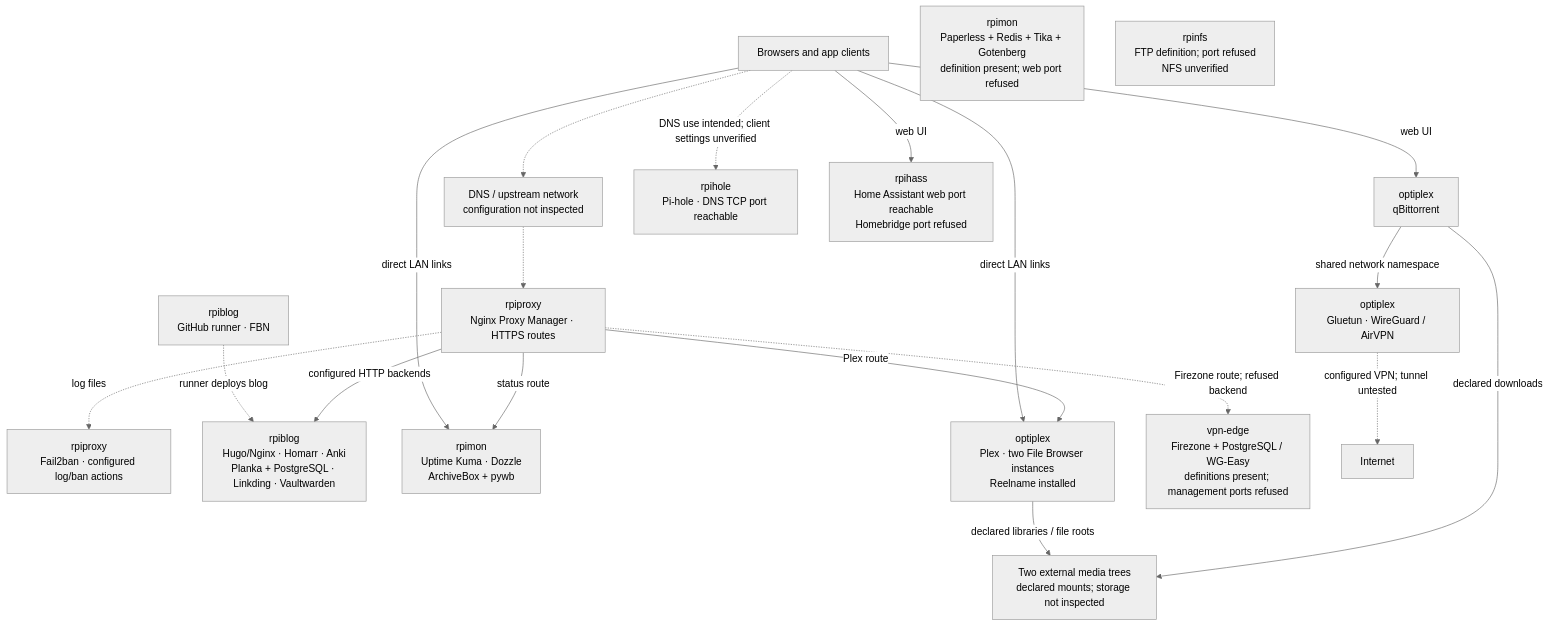
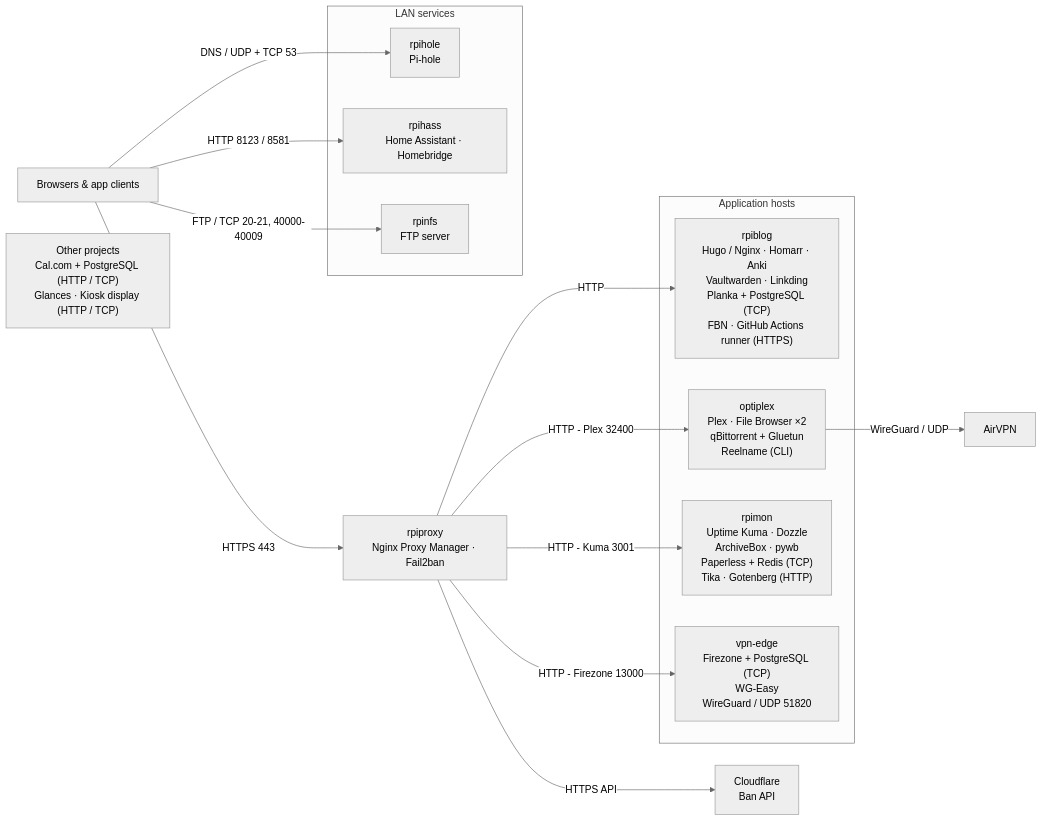
The diagram in README.md (viseshrp/homelab), drawn with Mermaid (neutral theme) before and after one commit. The commit also changed other lines of this file and 39 other files, not shown here.

````diff
--- a/README.md
+++ b/README.md
@@ -3,35 +3,33 @@
 ```mermaid
-flowchart TB
-    clients["Browsers and app clients"]
-    edge["DNS / upstream network<br/>configuration not inspected"]
-    proxy["rpiproxy<br/>Nginx Proxy Manager · HTTPS routes"]
-    bans["rpiproxy<br/>Fail2ban · configured log/ban actions"]
-    core["rpiblog<br/>Hugo/Nginx · Homarr · Anki<br/>Planka + PostgreSQL · Linkding · Vaultwarden"]
-    jobs["rpiblog<br/>GitHub runner · FBN"]
-    mon["rpimon<br/>Uptime Kuma · Dozzle<br/>ArchiveBox + pywb"]
-    paper["rpimon<br/>Paperless + Redis + Tika + Gotenberg<br/>definition present; web port refused"]
-    media["optiplex<br/>Plex · two File Browser instances<br/>Reelname installed"]
-    qbit["optiplex<br/>qBittorrent"]
-    gluetun["optiplex<br/>Gluetun · WireGuard / AirVPN"]
-    disks["Two external media trees<br/>declared mounts; storage not inspected"]
-    dns["rpihole<br/>Pi-hole · DNS TCP port reachable"]
-    hass["rpihass<br/>Home Assistant web port reachable<br/>Homebridge port refused"]
-    vpn["vpn-edge<br/>Firezone + PostgreSQL / WG-Easy<br/>definitions present; management ports refused"]
-    files["rpinfs<br/>FTP definition; port refused<br/>NFS unverified"]
-    clients -.-> edge -.-> proxy
-    proxy -->|"configured HTTP backends"| core
-    proxy -->|"status route"| mon
-    proxy -->|"Plex route"| media
-    proxy -.->|"Firezone route; refused backend"| vpn
-    proxy -.->|"log files"| bans
-    clients -->|"direct LAN links"| mon
-    clients -->|"direct LAN links"| media
-    clients -->|"web UI"| qbit
-    clients -->|"web UI"| hass
-    clients -.->|"DNS use intended; client settings unverified"| dns
-    jobs -.->|"runner deploys blog"| core
-    qbit -->|"shared network namespace"| gluetun
-    gluetun -.->|"configured VPN; tunnel untested"| internet["Internet"]
-    qbit -->|"declared downloads"| disks
-    media -->|"declared libraries / file roots"| disks
+flowchart LR
+    clients["Browsers & app clients"]
+    proxy["rpiproxy<br/>Nginx Proxy Manager · Fail2ban"]
+
+    subgraph hosts["Application hosts"]
+        web["rpiblog<br/>Hugo / Nginx · Homarr · Anki<br/>Vaultwarden · Linkding<br/>Planka + PostgreSQL (TCP)<br/>FBN · GitHub Actions runner (HTTPS)"]
+        media["optiplex<br/>Plex · File Browser ×2<br/>qBittorrent + Gluetun<br/>Reelname (CLI)"]
+        monitor["rpimon<br/>Uptime Kuma · Dozzle<br/>ArchiveBox · pywb<br/>Paperless + Redis (TCP)<br/>Tika · Gotenberg (HTTP)"]
+        vpn["vpn-edge<br/>Firezone + PostgreSQL (TCP)<br/>WG-Easy<br/>WireGuard / UDP 51820"]
+    end
+
+    subgraph lan["LAN services"]
+        dns["rpihole<br/>Pi-hole"]
+        home["rpihass<br/>Home Assistant · Homebridge"]
+        ftp["rpinfs<br/>FTP server"]
+    end
+
+    cloudflare["Cloudflare<br/>Ban API"]
+    airvpn["AirVPN"]
+    tools["Other projects<br/>Cal.com + PostgreSQL (HTTP / TCP)<br/>Glances · Kiosk display (HTTP / TCP)"]
+
+    clients -->|"HTTPS 443"| proxy
+    proxy -->|"HTTP"| web
+    proxy -->|"HTTP - Plex 32400"| media
+    proxy -->|"HTTP - Kuma 3001"| monitor
+    proxy -->|"HTTP - Firezone 13000"| vpn
+    proxy -->|"HTTPS API"| cloudflare
+    media -->|"WireGuard / UDP"| airvpn
+    clients -->|"DNS / UDP + TCP 53"| dns
+    clients -->|"HTTP 8123 / 8581"| home
+    clients -->|"FTP / TCP 20-21, 40000-40009"| ftp
 ```
````
